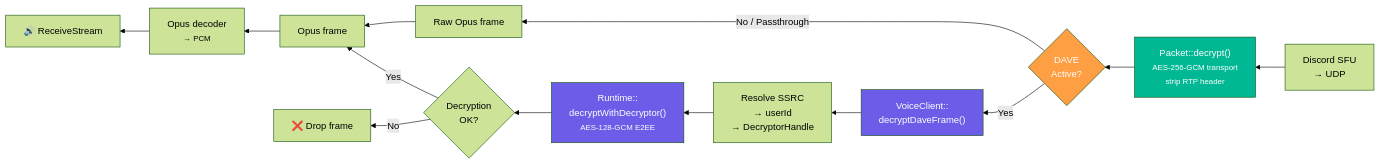
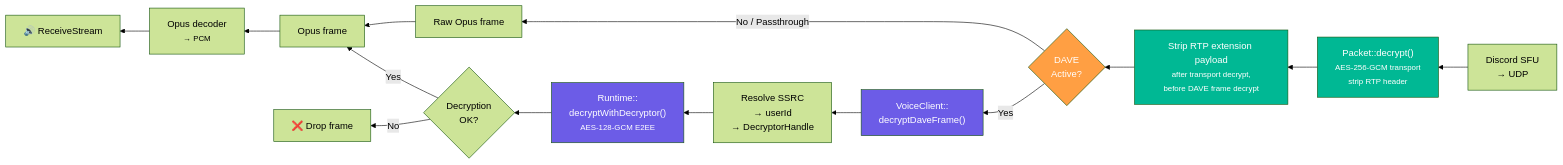
Before and after one commit to discord-php/DiscordPHP-Voice: the ninth of 10 diagrams in docs/DAVE.md, drawn with Mermaid (forest theme). The commit also changed other lines of this file and 4 other files, not shown here.

````diff
--- a/docs/DAVE.md
+++ b/docs/DAVE.md
@@ -324,20 +335,22 @@
 ```mermaid
 flowchart RL
     A["Discord SFU<br/>→ UDP"] --> B["Packet::decrypt()<br/><small>AES-256-GCM transport<br/>strip RTP header</small>"]
-    B --> C{"DAVE<br/>Active?"}
+    B --> B2["Strip RTP extension payload<br/><small>after transport decrypt,<br/>before DAVE frame decrypt</small>"]
+    B2 --> C{"DAVE<br/>Active?"}
     C -->|Yes| D["VoiceClient::<br/>decryptDaveFrame()"]
     C -->|No / Passthrough| E["Raw Opus frame"]
     D --> F["Resolve SSRC<br/>→ userId<br/>→ DecryptorHandle"]
     F --> G["Runtime::<br/>decryptWithDecryptor()<br/><small>AES-128-GCM E2EE</small>"]
     G --> H{"Decryption<br/>OK?"}
     H -->|Yes| I["Opus frame"]
     H -->|No| J["❌ Drop frame"]
     E --> I
     I --> K["Opus decoder<br/><small>→ PCM</small>"]
     K --> L["🔊 ReceiveStream"]
 
     style C fill:#ff9f43,color:#fff
     style D fill:#6c5ce7,color:#fff
     style G fill:#6c5ce7,color:#fff
     style B fill:#00b894,color:#fff
+    style B2 fill:#00b894,color:#fff
 ```
````
